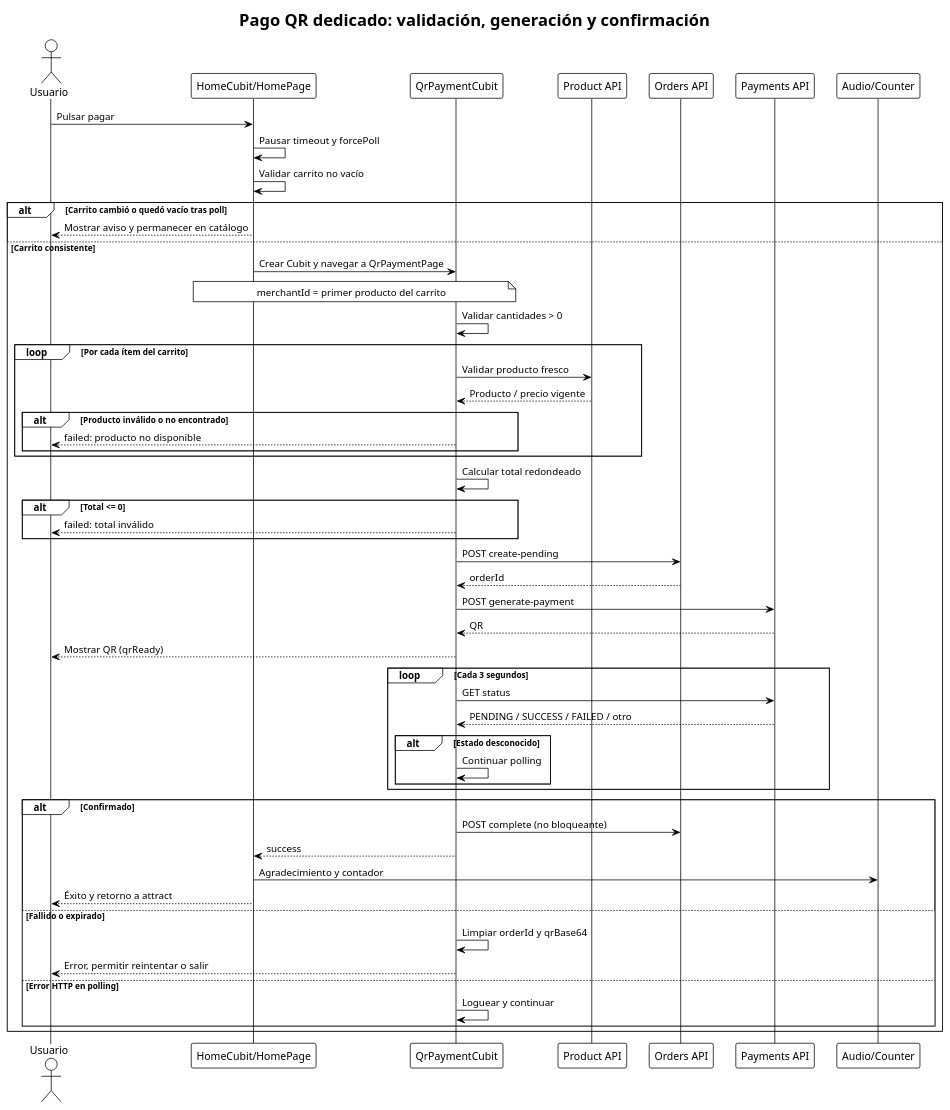
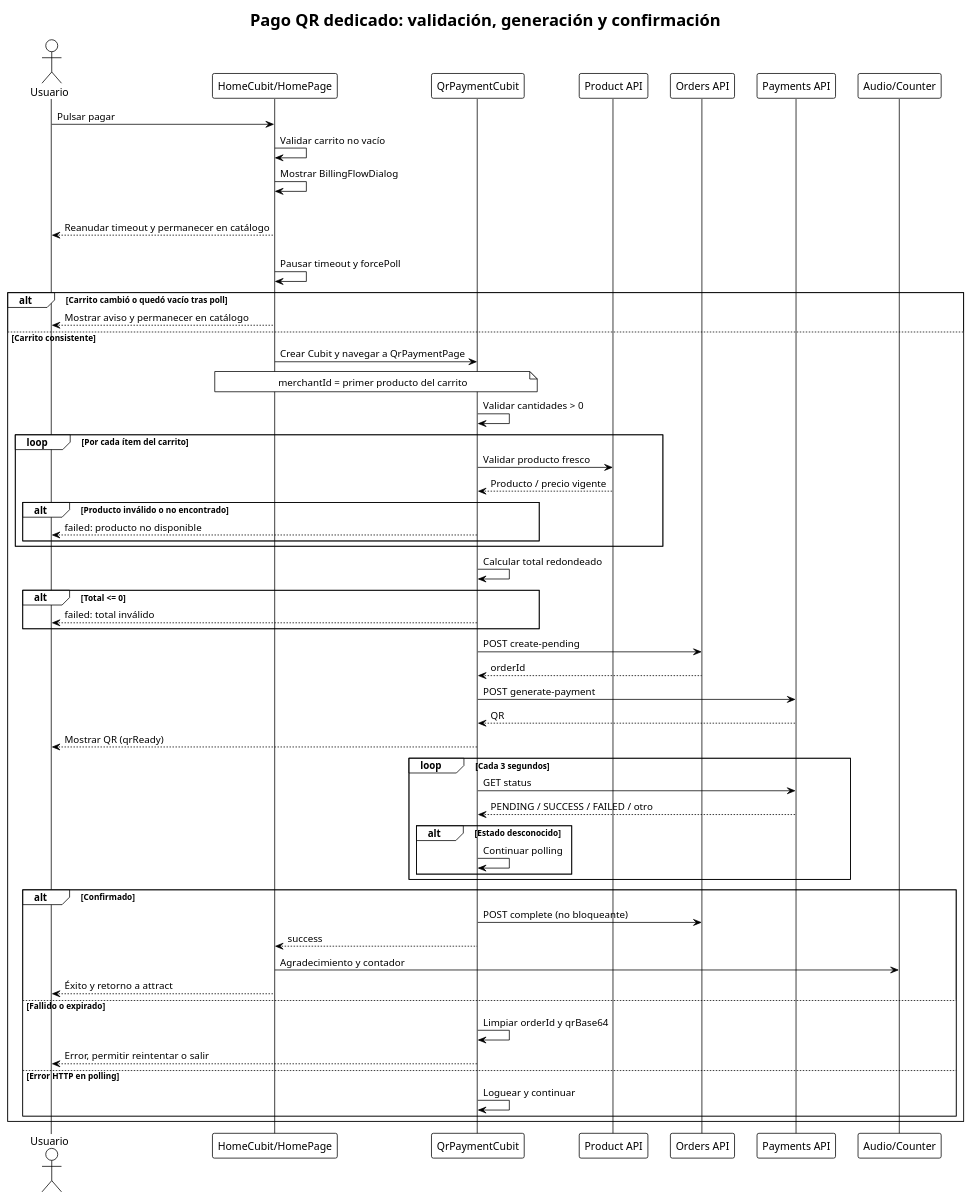
Before and after one commit to CarlosVargas2170/mini-app-qr: the second of 2 diagrams in docs/diagrams/05-payment-sequence.md, drawn with PlantUML. The commit also changed other lines of this file and 20 other files, not shown here.

````diff
--- a/docs/diagrams/05-payment-sequence.md
+++ b/docs/diagrams/05-payment-sequence.md
@@ -71,66 +74,69 @@
 ```plantuml
 @startuml
 !theme plain
 title Pago QR dedicado: validación, generación y confirmación
 
 actor Usuario as User
 participant "HomeCubit/HomePage" as Home
 participant QrPaymentCubit as Pay
 participant "Product API" as Product
 participant "Orders API" as Orders
 participant "Payments API" as Payments
 participant "Audio/Counter" as Audio
 
 User -> Home : Pulsar pagar
-Home -> Home : Pausar timeout y forcePoll
 Home -> Home : Validar carrito no vacío
-
-alt Carrito cambió o quedó vacío tras poll
-    Home --> User : Mostrar aviso y permanecer en catálogo
-else Carrito consistente
+Home -> Home : Mostrar BillingFlowDialog
+alt Usuario cancela o cierra diálogo
+    Home --> User : Reanudar timeout y permanecer en catálogo
+else Usuario continúa (con o sin factura)
+    Home -> Home : Pausar timeout y forcePoll
+    alt Carrito cambió o quedó vacío tras poll
+        Home --> User : Mostrar aviso y permanecer en catálogo
+    else Carrito consistente
     Home -> Pay : Crear Cubit y navegar a QrPaymentPage
     note over Home, Pay : merchantId = primer producto del carrito
     
     Pay -> Pay : Validar cantidades > 0
     loop Por cada ítem del carrito
         Pay -> Product : Validar producto fresco
         Product --> Pay : Producto / precio vigente
         alt Producto inválido o no encontrado
             Pay --> User : failed: producto no disponible
         end
     end
 
     Pay -> Pay : Calcular total redondeado
     alt Total <= 0
         Pay --> User : failed: total inválido
     end
 
     Pay -> Orders : POST create-pending
     Orders --> Pay : orderId
     Pay -> Payments : POST generate-payment
     Payments --> Pay : QR
     Pay --> User : Mostrar QR (qrReady)
 
     loop Cada 3 segundos
         Pay -> Payments : GET status
         Payments --> Pay : PENDING / SUCCESS / FAILED / otro
         alt Estado desconocido
             Pay -> Pay : Continuar polling
         end
     end
 
     alt Confirmado
         Pay -> Orders : POST complete (no bloqueante)
         Pay --> Home : success
         Home -> Audio : Agradecimiento y contador
         Home --> User : Éxito y retorno a attract
     else Fallido o expirado
         Pay -> Pay : Limpiar orderId y qrBase64
         Pay --> User : Error, permitir reintentar o salir
     else Error HTTP en polling
         Pay -> Pay : Loguear y continuar
     end
 end
 
 @enduml
 ```
````
